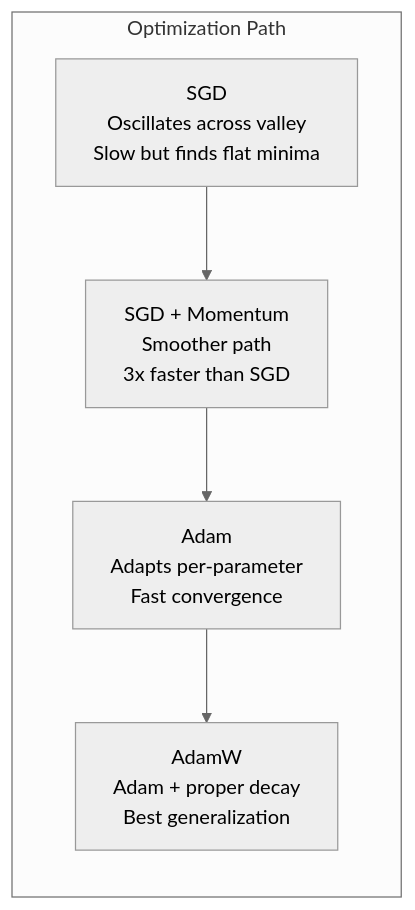
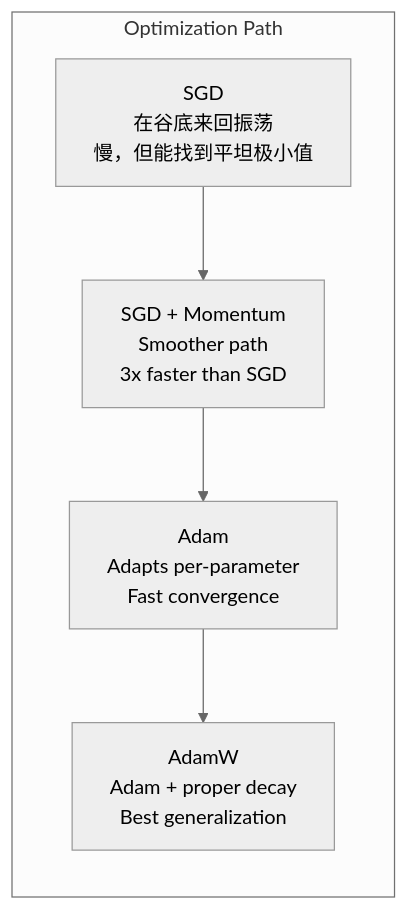
One commit to omigaZen/ai-engineering-from-scratch changed the second of 3 diagrams in phases/03-deep-learning-core/06-optimizers/docs/zh.md. Above: the diagram before and after it, drawn with Mermaid (neutral theme). The commit also changed other lines of this file, not shown here.

````diff
--- a/phases/03-deep-learning-core/06-optimizers/docs/zh.md
+++ b/phases/03-deep-learning-core/06-optimizers/docs/zh.md
@@ -137,10 +137,10 @@
 ```mermaid
 flowchart LR
     subgraph "Optimization Path"
-        SGD_P["SGD<br/>Oscillates across valley<br/>Slow but finds flat minima"]
+        SGD_P["SGD<br/>在谷底来回振荡<br/>慢，但能找到平坦极小值"]
         Mom_P["SGD + Momentum<br/>Smoother path<br/>3x faster than SGD"]
         Adam_P["Adam<br/>Adapts per-parameter<br/>Fast convergence"]
         AdamW_P["AdamW<br/>Adam + proper decay<br/>Best generalization"]
     end
     SGD_P --> Mom_P --> Adam_P --> AdamW_P
 ```
````
